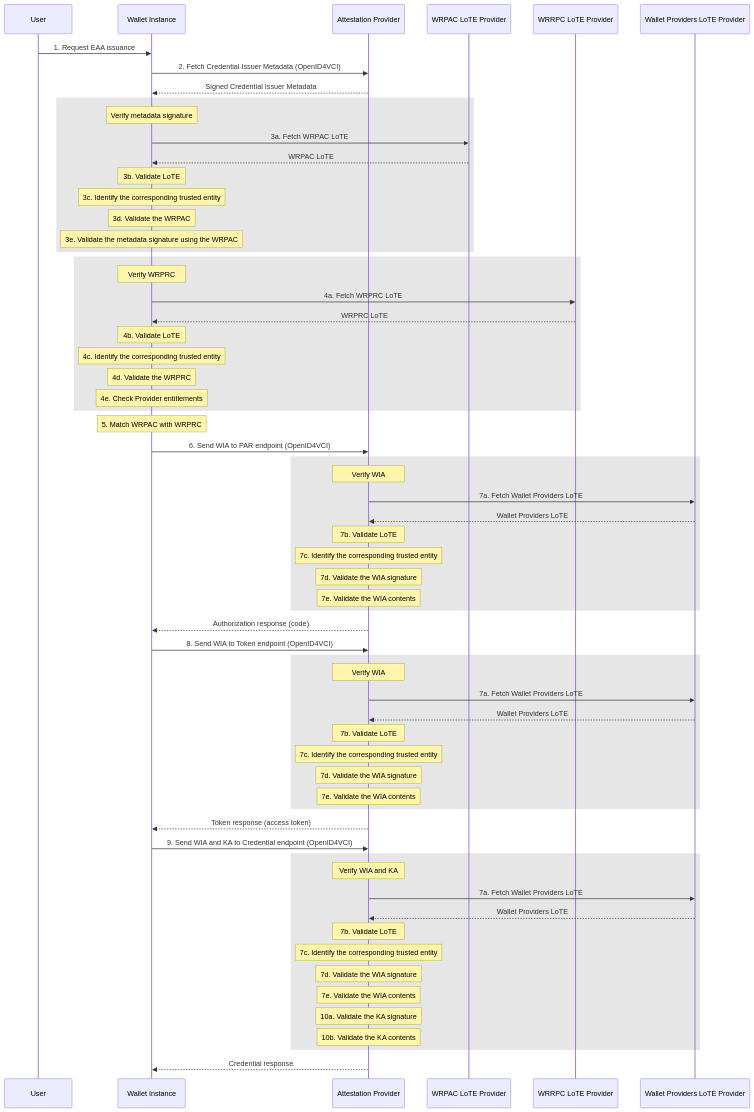
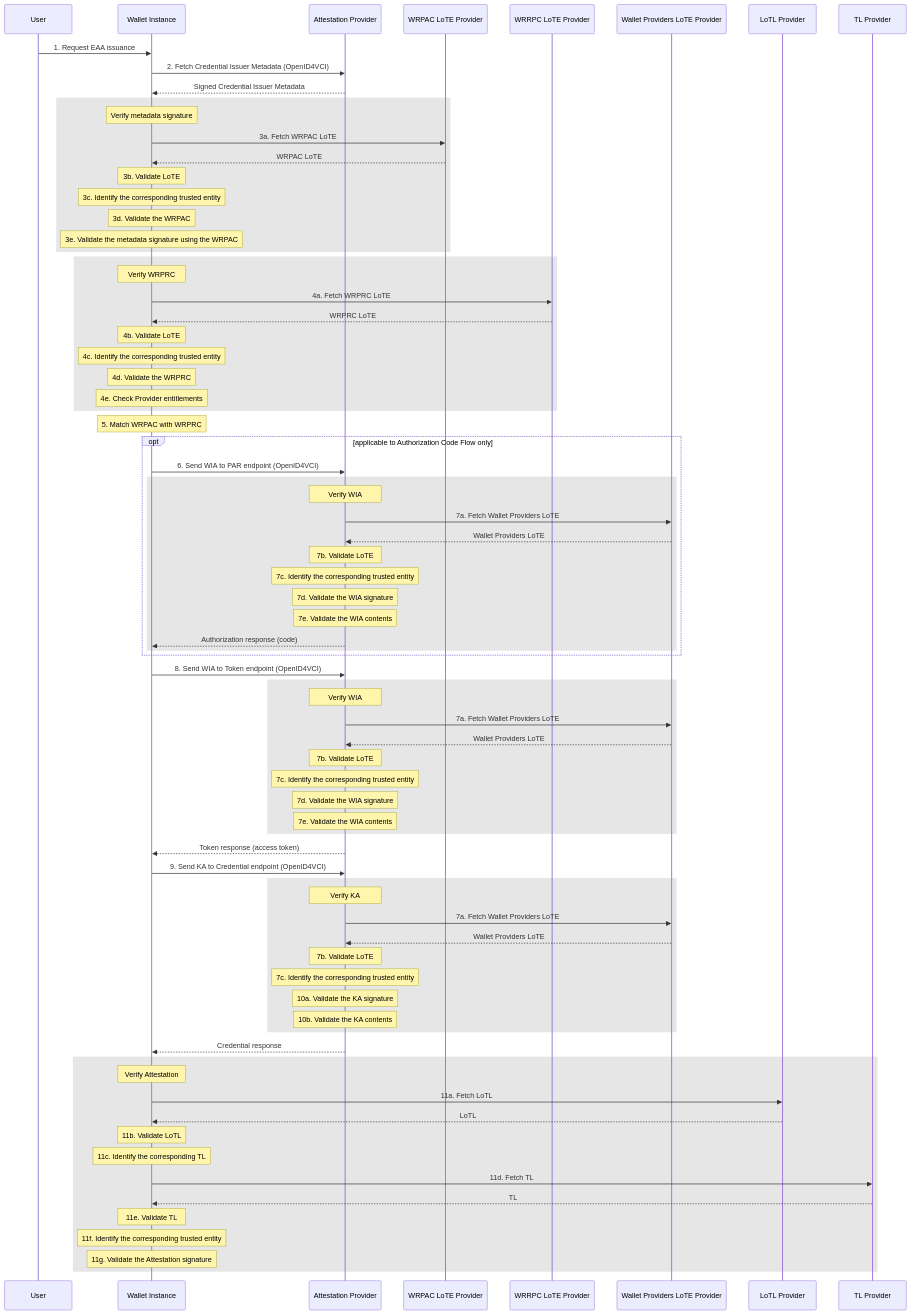
The diagram in docs/topics/trust-checks-issuance.md (APTITUDE-Consortium/wp2-trust-specifications), drawn with Mermaid before and after one commit. The commit also changed other lines of this file, not shown here.

````diff
--- a/docs/topics/trust-checks-issuance.md
+++ b/docs/topics/trust-checks-issuance.md
@@ -7,7 +7,9 @@
     participant WRPACLoTE as WRPAC LoTE Provider
     participant WRPCLoTE as WRRPC LoTE Provider
     participant WProvider as Wallet Providers LoTE Provider
- 
+    participant LoTL as LoTL Provider
+    participant TL as TL Provider
+
     User->>Wallet: 1. Request EAA issuance
     Wallet->>EAAProvider: 2. Fetch Credential Issuer Metadata (OpenID4VCI)
     EAAProvider-->>Wallet: Signed Credential Issuer Metadata
@@ -33,19 +35,20 @@
     end
    
     Note over Wallet: 5. Match WRPAC with WRPRC
+    opt applicable to Authorization Code Flow only
+        Wallet->>EAAProvider: 6. Send WIA to PAR endpoint (OpenID4VCI)
 
-    Wallet->>EAAProvider: 6. Send WIA to PAR endpoint (OpenID4VCI)
-
-    rect rgb(230, 230, 230)
-    Note over EAAProvider: Verify WIA
-    EAAProvider->>WProvider: 7a. Fetch Wallet Providers LoTE
-    WProvider-->>EAAProvider: Wallet Providers LoTE
-    Note over EAAProvider: 7b. Validate LoTE
-    Note over EAAProvider: 7c. Identify the corresponding trusted entity
-    Note over EAAProvider: 7d. Validate the WIA signature
-    Note over EAAProvider: 7e. Validate the WIA contents
+        rect rgb(230, 230, 230)
+        Note over EAAProvider: Verify WIA
+        EAAProvider->>WProvider: 7a. Fetch Wallet Providers LoTE
+        WProvider-->>EAAProvider: Wallet Providers LoTE
+        Note over EAAProvider: 7b. Validate LoTE
+        Note over EAAProvider: 7c. Identify the corresponding trusted entity
+        Note over EAAProvider: 7d. Validate the WIA signature
+        Note over EAAProvider: 7e. Validate the WIA contents
+        EAAProvider-->>Wallet: Authorization response (code)
+        end
     end
-    EAAProvider-->>Wallet: Authorization response (code)
 
     Wallet->>EAAProvider: 8. Send WIA to Token endpoint (OpenID4VCI)
 
@@ -60,18 +63,29 @@
     end
     EAAProvider-->>Wallet: Token response (access token)
 
-    Wallet->>EAAProvider: 9. Send WIA and KA to Credential endpoint (OpenID4VCI)
+    Wallet->>EAAProvider: 9. Send KA to Credential endpoint (OpenID4VCI)
 
     rect rgb(230, 230, 230)
-    Note over EAAProvider: Verify WIA and KA
+    Note over EAAProvider: Verify KA
     EAAProvider->>WProvider: 7a. Fetch Wallet Providers LoTE
     WProvider-->>EAAProvider: Wallet Providers LoTE
     Note over EAAProvider: 7b. Validate LoTE
     Note over EAAProvider: 7c. Identify the corresponding trusted entity
-    Note over EAAProvider: 7d. Validate the WIA signature
-    Note over EAAProvider: 7e. Validate the WIA contents
     Note over EAAProvider: 10a. Validate the KA signature
     Note over EAAProvider: 10b. Validate the KA contents
     end
     EAAProvider-->>Wallet: Credential response
+
+    rect rgb(230, 230, 230)
+    Note over Wallet: Verify Attestation
+    Wallet->>LoTL: 11a. Fetch LoTL
+    LoTL-->>Wallet: LoTL
+    Note over Wallet: 11b. Validate LoTL
+    Note over Wallet: 11c. Identify the corresponding TL
+    Wallet->>TL: 11d. Fetch TL
+    TL-->>Wallet: TL
+    Note over Wallet: 11e. Validate TL
+    Note over Wallet: 11f. Identify the corresponding trusted entity
+    Note over Wallet: 11g. Validate the Attestation signature
+    end
 ```
````
